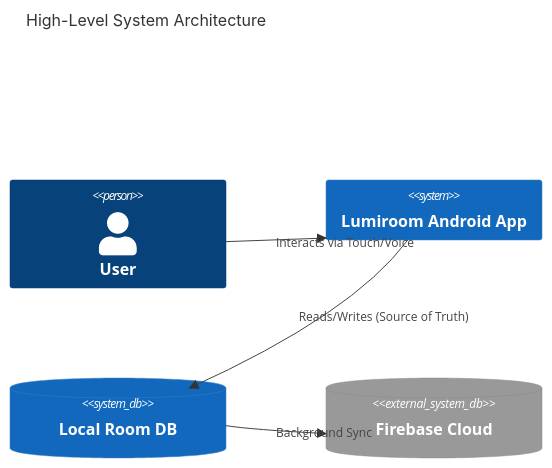
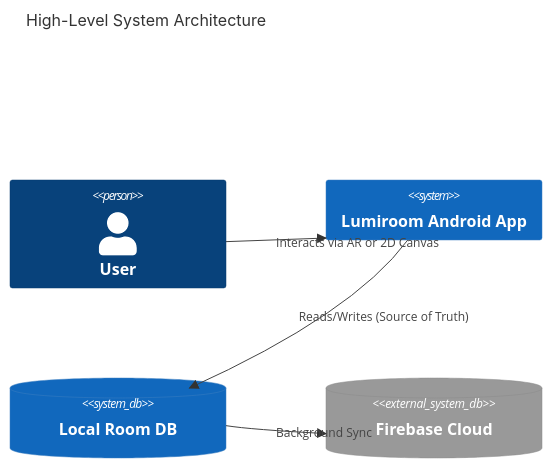
The diagram in README.md (Vinoth-ai-20/lumiroom), drawn with Mermaid before and after one commit. The commit also changed other lines of this file and 63 other files, not shown here.

````diff
--- a/README.md
+++ b/README.md
@@ -89,12 +93,12 @@
 ```mermaid
 C4Context
     title High-Level System Architecture
     Person(user, "User")
     System(app, "Lumiroom Android App")
     SystemDb(room, "Local Room DB")
     SystemDb_Ext(firestore, "Firebase Cloud")
     
-    Rel(user, app, "Interacts via Touch/Voice")
+    Rel(user, app, "Interacts via AR or 2D Canvas")
     Rel(app, room, "Reads/Writes (Source of Truth)")
     Rel(room, firestore, "Background Sync")
 ```
````
